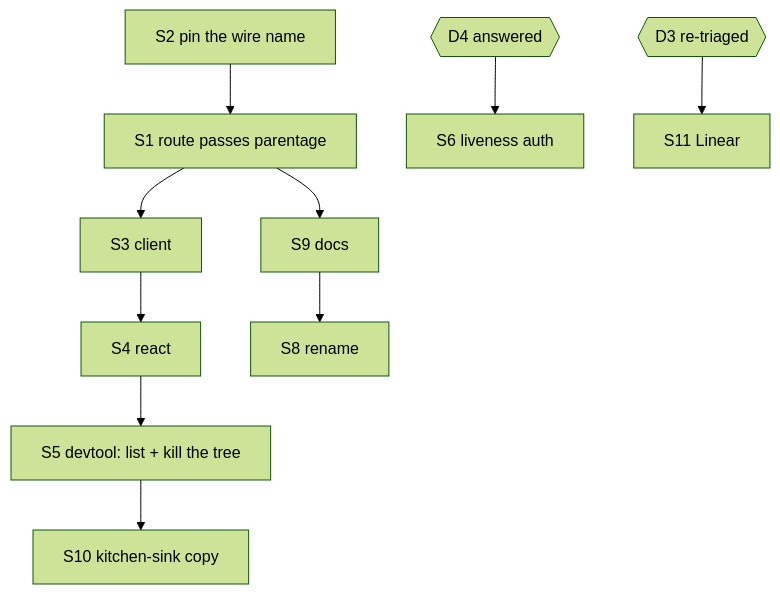
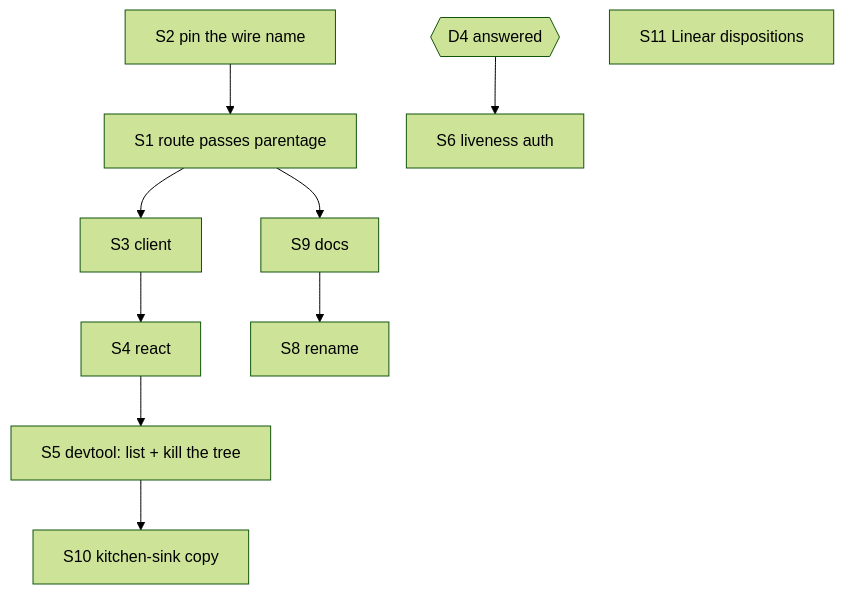
The diagram in spec/FIX-1440/PLAN.md (fixpoint-labs/flow-state-dev), drawn with Mermaid (forest theme) before and after one commit. The commit also changed other lines of this file and 3 other files, not shown here.

````diff
--- a/spec/FIX-1440/PLAN.md
+++ b/spec/FIX-1440/PLAN.md
@@ -36,12 +36,12 @@
 ```mermaid
 flowchart TD
   S2[S2 pin the wire name] --> S1[S1 route passes parentage]
   S1 --> S3[S3 client]
   S3 --> S4[S4 react]
   S4 --> S5[S5 devtool: list + kill the tree]
   S5 --> S10[S10 kitchen-sink copy]
   S1 --> S9[S9 docs]
   S9 --> S8[S8 rename]
   D4{{D4 answered}} --> S6[S6 liveness auth]
-  D3{{D3 re-triaged}} --> S11[S11 Linear]
+  S11[S11 Linear dispositions]
 ```
````
